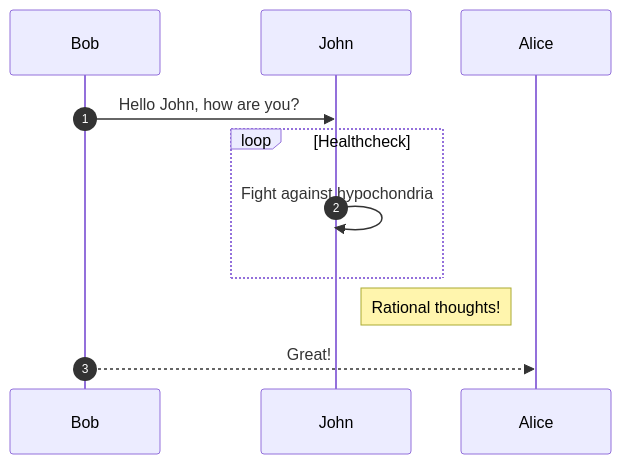
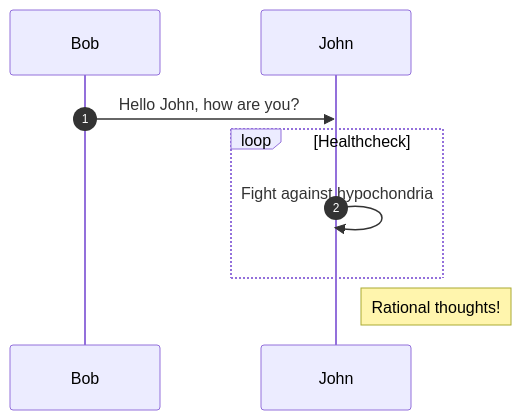
One commit to geksogen/Learn_GIT changed the diagram in docs/sequence_diag.md. Above: the diagram before and after it, drawn with Mermaid.

````diff
--- a/docs/sequence_diag.md
+++ b/docs/sequence_diag.md
@@ -3,10 +3,9 @@
 ``` mermaid
 sequenceDiagram
   autonumber
   Bob->>John: Hello John, how are you?
   loop Healthcheck
       John->>John: Fight against hypochondria
   end
   Note right of John: Rational thoughts!
-  Bob-->>Alice: Great!
 ```
````
